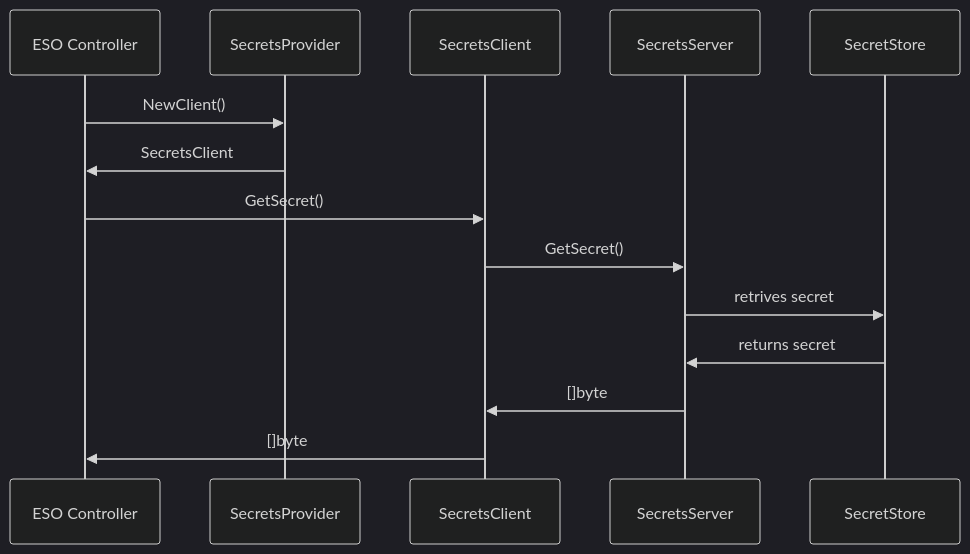
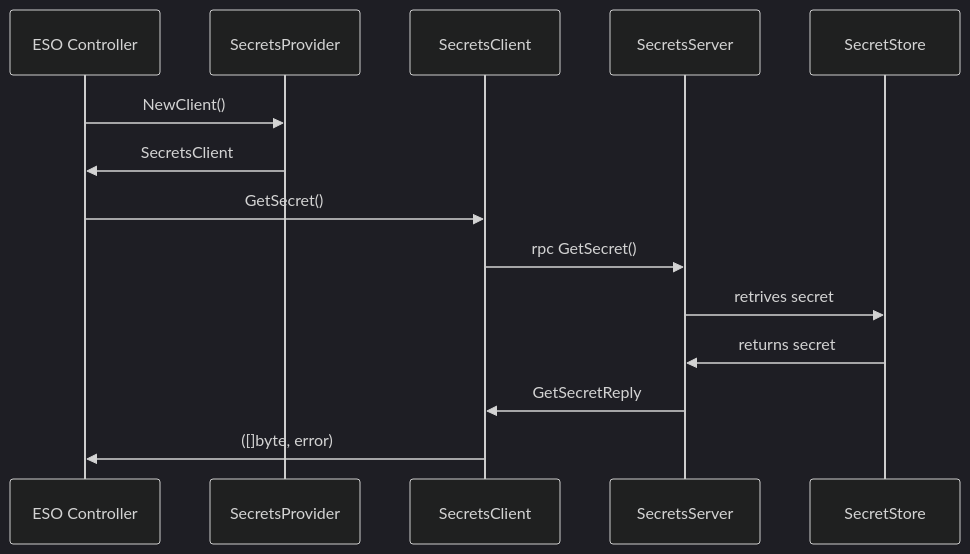
The first of 4 diagrams in design/010-out-of-tree-plugins.md (external-secrets/external-secrets), drawn with Mermaid (dark theme) before and after one commit. The commit also changed other lines of this file, not shown here.

Commit message:
Adding more diagrams; defining goals and non-goals; enumarating some drawbacks

````diff
--- a/design/010-out-of-tree-plugins.md
+++ b/design/010-out-of-tree-plugins.md
@@ -99,17 +147,17 @@
 ```mermaid
 sequenceDiagram
     participant controller as ESO Controller
     participant provider as SecretsProvider
     participant client as SecretsClient
     participant server as SecretsServer
     participant secretstore as SecretStore
 
     controller->>provider: NewClient()
     provider->>controller: SecretsClient
     controller->>client: GetSecret()
-    client->>server: GetSecret()
+    client->>server: rpc GetSecret()
     server->>secretstore: retrives secret
     secretstore->>server: returns secret
-    server->>client: []byte
-    client->>controller: []byte
+    server->>client: GetSecretReply
+    client->>controller: ([]byte, error)
 ```
````
